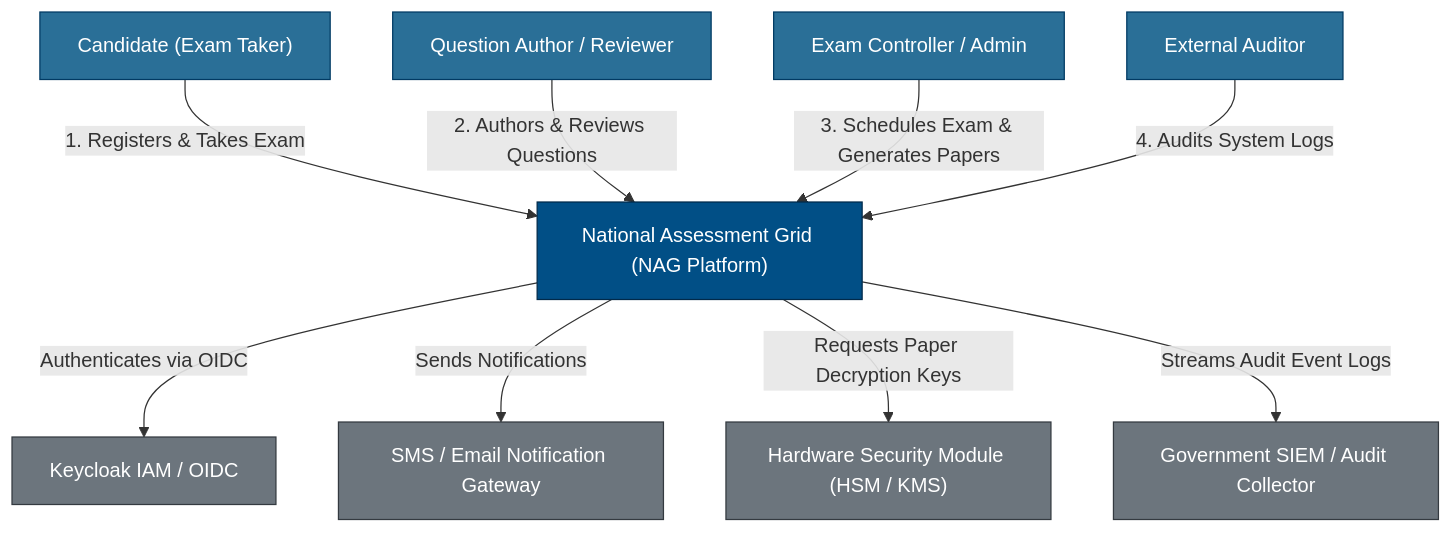
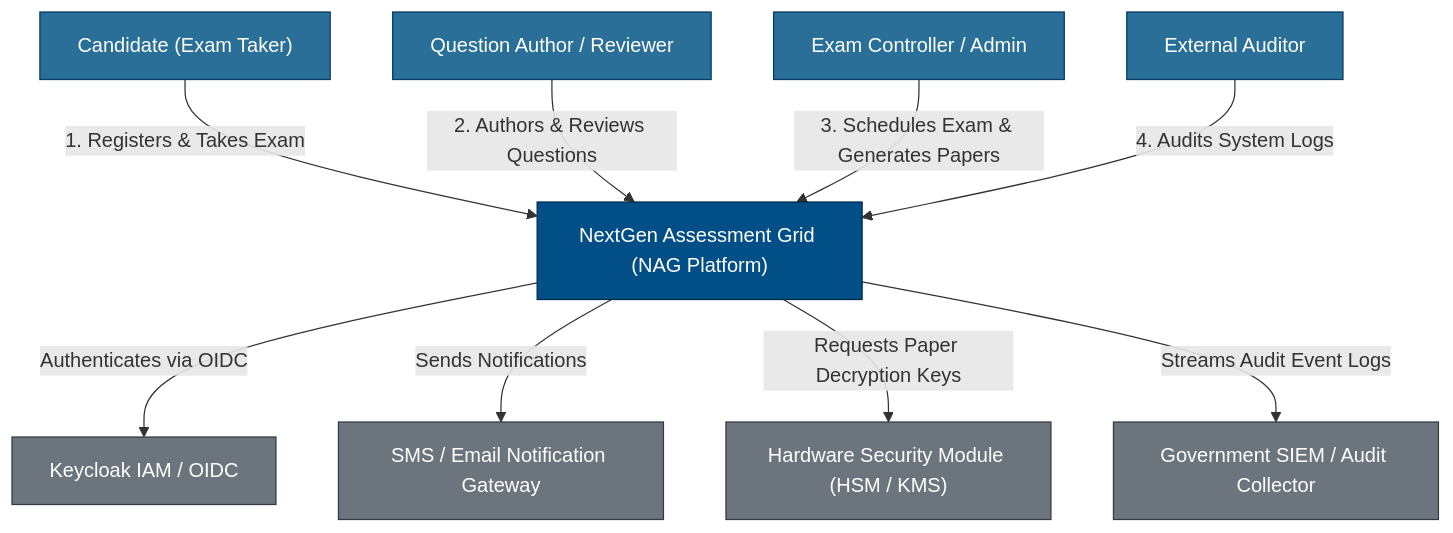
The diagram in docs/architecture/system-context.md (natassgrid/nag), drawn with Mermaid before and after one commit. The commit also changed other lines of this file and 1119 other files, not shown here.

Commit message:
docs: update branding to NextGen Assessment Grid, sync roadmap and docs with SpringAiGenerationService

````diff
--- a/docs/architecture/system-context.md
+++ b/docs/architecture/system-context.md
@@ -11,28 +11,28 @@
 ```mermaid
 graph TD
     classDef user fill:#2A6F97,color:#fff,stroke:#013A63;
     classDef system fill:#014F86,color:#fff,stroke:#012A4A;
     classDef external fill:#6C757D,color:#fff,stroke:#343A40;
 
     Candidate["Candidate (Exam Taker)"]:::user
     Author["Question Author / Reviewer"]:::user
     Controller["Exam Controller / Admin"]:::user
     Auditor["External Auditor"]:::user
 
-    NAG["National Assessment Grid (NAG Platform)"]:::system
+    NAG["NextGen Assessment Grid (NAG Platform)"]:::system
 
     Keycloak["Keycloak IAM / OIDC"]:::external
     SMSService["SMS / Email Notification Gateway"]:::external
     HSM["Hardware Security Module (HSM / KMS)"]:::external
     SIEM["Government SIEM / Audit Collector"]:::external
 
     Candidate -->|"1. Registers & Takes Exam"| NAG
     Author -->|"2. Authors & Reviews Questions"| NAG
     Controller -->|"3. Schedules Exam & Generates Papers"| NAG
     Auditor -->|"4. Audits System Logs"| NAG
 
     NAG -->|"Authenticates via OIDC"| Keycloak
     NAG -->|"Sends Notifications"| SMSService
     NAG -->|"Requests Paper Decryption Keys"| HSM
     NAG -->|"Streams Audit Event Logs"| SIEM
 ```
````
